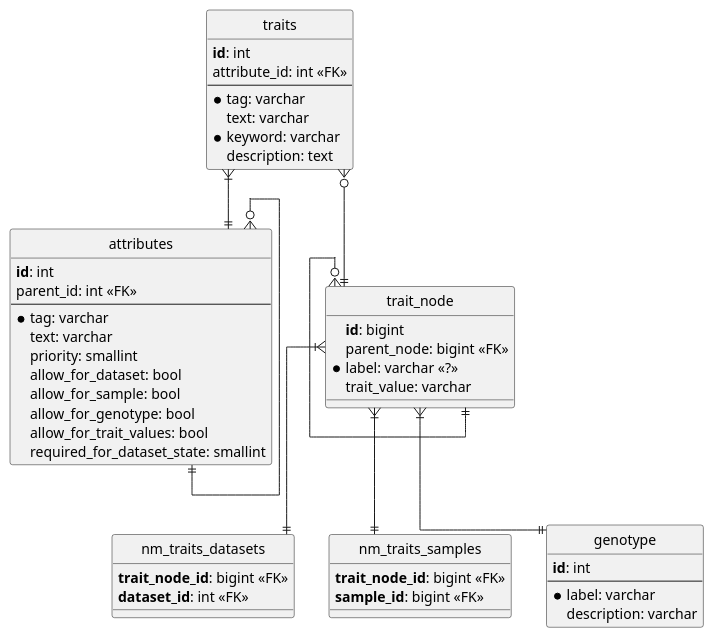
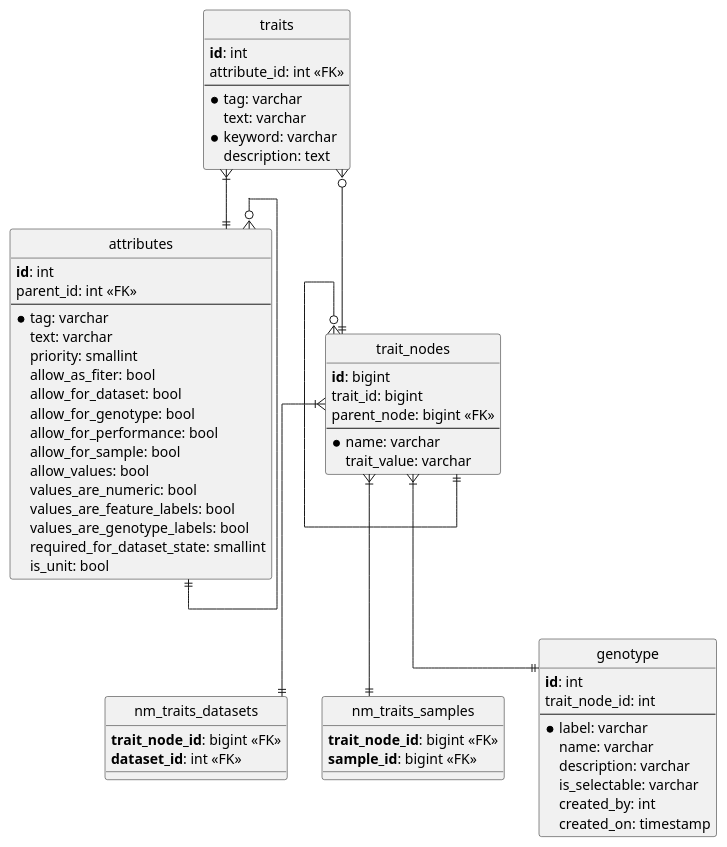
Before and after one commit to hnolCol/mitocube-backend: the diagram in resources/documentation/database_attribute_redesign.puml, drawn with PlantUML. The commit also changed 27 other files, not shown here.

```diff
--- a/resources/documentation/database_attribute_redesign.puml
+++ b/resources/documentation/database_attribute_redesign.puml
@@ -1,67 +1,80 @@
 @startuml
 ' configuration
 hide circle
 skinparam linetype ortho
 
 
 entity "attributes" as attributes {
     **id**: int
     parent_id: int <<FK>>
     --
     * tag: varchar
     text: varchar
     priority: smallint
+    allow_as_fiter: bool
     allow_for_dataset: bool
+    allow_for_genotype: bool
+    allow_for_performance: bool
     allow_for_sample: bool
-    allow_for_genotype: bool
-    allow_for_trait_values: bool
+    allow_values: bool
+    values_are_numeric: bool
+    values_are_feature_labels: bool
+    values_are_genotype_labels: bool
     required_for_dataset_state: smallint
+    is_unit: bool
 }
 
 entity "traits" as traits {
     **id**: int
     attribute_id: int <<FK>>
     --
     * tag: varchar
     text: varchar
     * keyword: varchar
     description: text
 }
 
 entity "nm_traits_datasets" as nm_traits_datasets {
     **trait_node_id**: bigint <<FK>>
     **dataset_id**: int <<FK>>
 }
 
 entity "nm_traits_samples" as nm_traits_samples {
     **trait_node_id**: bigint <<FK>>
     **sample_id**: bigint <<FK>>
 }
 
 entity "genotype" as genotype {
     **id**: int
+    trait_node_id: int
     --
     * label: varchar
+    name: varchar
     description: varchar
+    is_selectable: varchar
+    created_by: int
+    created_on: timestamp
 }
 
-entity "trait_node" as trait_node {
+entity "trait_nodes" as trait_nodes {
     **id**: bigint
+    trait_id: bigint
     parent_node: bigint <<FK>>
-    * label: varchar <<?>>
+    --
+    * name: varchar
     trait_value: varchar
 }
 
 
-trait_node }|--|| nm_traits_datasets
-trait_node }|--|| nm_traits_samples
-trait_node }|--|| genotype
+trait_nodes }|--|| nm_traits_datasets
+trait_nodes }|--|| nm_traits_samples
+trait_nodes }|--|| genotype
 
-traits }o--|| trait_node
-trait_node }o--|| trait_node
+traits }o--|| trait_nodes
+trait_nodes }o--|| trait_nodes
 
 traits }|--|| attributes
 attributes }o--|| attributes
 
 
 @enduml
```
